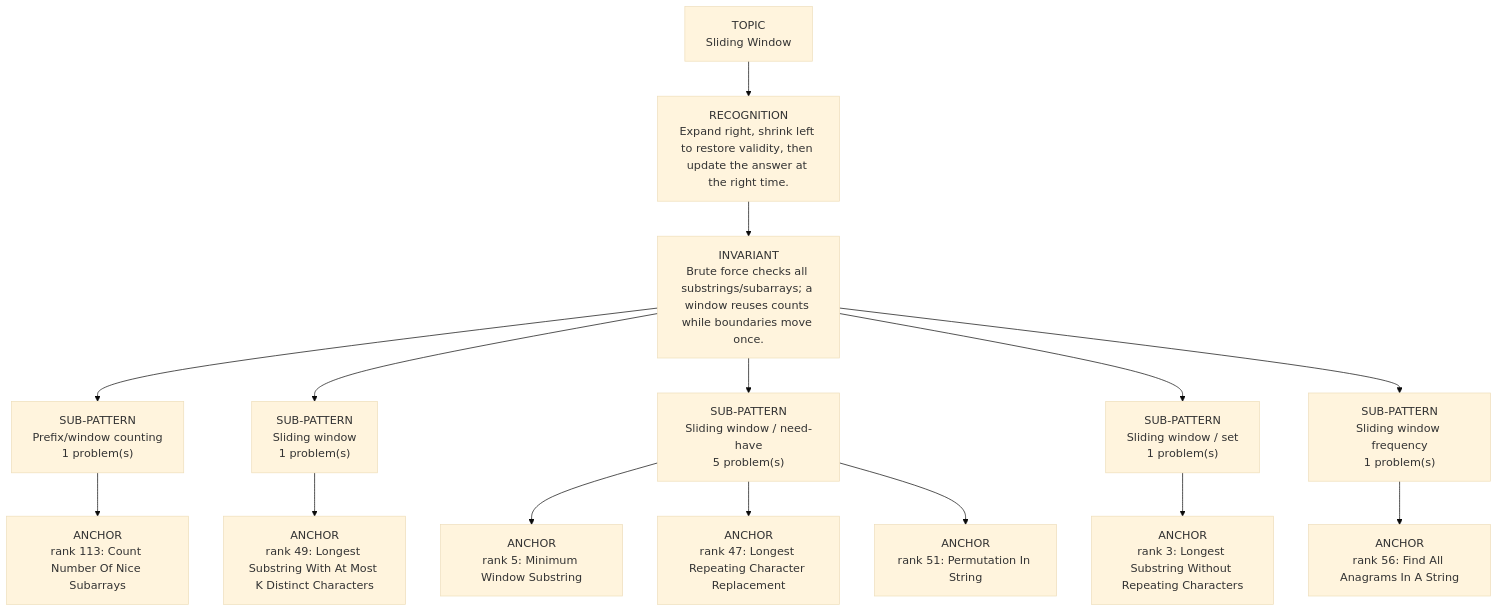
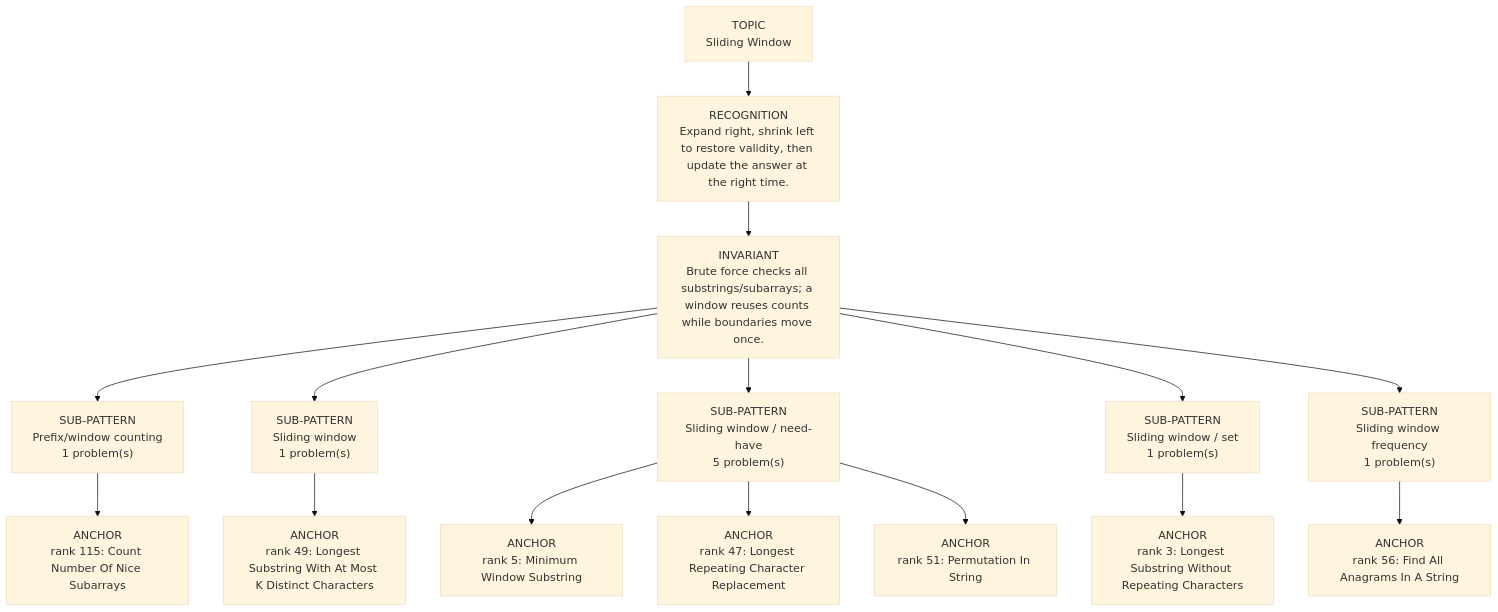
The diagram in dsa-review/interview/patterns/03_sliding_window.md (thechiranjeevjain/DSA10days), drawn with Mermaid (base theme) before and after one commit. The commit also changed other lines of this file and 30 other files, not shown here.

````diff
--- a/dsa-review/interview/patterns/03_sliding_window.md
+++ b/dsa-review/interview/patterns/03_sliding_window.md
@@ -15,19 +15,19 @@
 ```mermaid
 flowchart TD
   Topic["TOPIC<br/>Sliding Window"]
   Recognition["RECOGNITION<br/>Expand right, shrink left to restore validity, then update the answer at the right time."]
   Invariant["INVARIANT<br/>Brute force checks all substrings/subarrays; a window reuses counts while boundaries move once."]
   Topic --> Recognition --> Invariant
   Invariant --> Sub01["SUB-PATTERN<br/>Prefix/window counting<br/>1 problem(s)"]
-  Sub01 --> Sub01A01["ANCHOR<br/>rank 113: Count Number Of Nice Subarrays"]
+  Sub01 --> Sub01A01["ANCHOR<br/>rank 115: Count Number Of Nice Subarrays"]
   Invariant --> Sub02["SUB-PATTERN<br/>Sliding window<br/>1 problem(s)"]
   Sub02 --> Sub02A01["ANCHOR<br/>rank 49: Longest Substring With At Most K Distinct Characters"]
   Invariant --> Sub03["SUB-PATTERN<br/>Sliding window / need-have<br/>5 problem(s)"]
   Sub03 --> Sub03A01["ANCHOR<br/>rank 5: Minimum Window Substring"]
   Sub03 --> Sub03A02["ANCHOR<br/>rank 47: Longest Repeating Character Replacement"]
   Sub03 --> Sub03A03["ANCHOR<br/>rank 51: Permutation In String"]
   Invariant --> Sub04["SUB-PATTERN<br/>Sliding window / set<br/>1 problem(s)"]
   Sub04 --> Sub04A01["ANCHOR<br/>rank 3: Longest Substring Without Repeating Characters"]
   Invariant --> Sub05["SUB-PATTERN<br/>Sliding window frequency<br/>1 problem(s)"]
   Sub05 --> Sub05A01["ANCHOR<br/>rank 56: Find All Anagrams In A String"]
 ```
````
